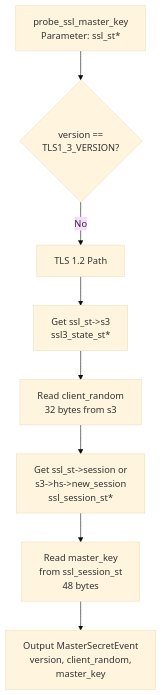
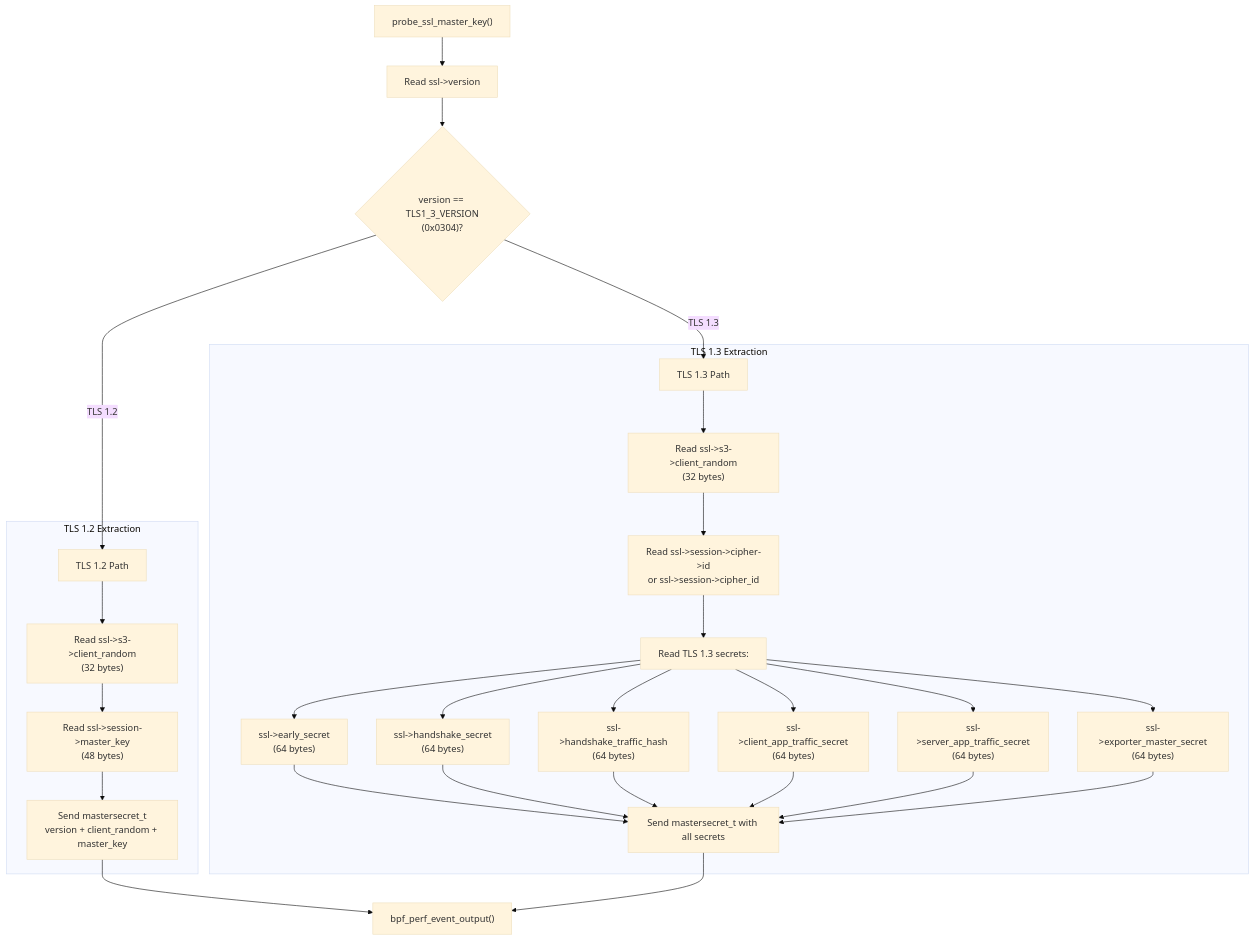
Before and after one commit to gojue/ecapture.cc: the sixth of 11 diagrams in src/en/3-capture-modules/3.1.1-openssl-module.md, drawn with Mermaid (base theme). The commit also changed other lines of this file and 115 other files, not shown here.

````diff
--- a/src/en/3-capture-modules/3.1.1-openssl-module.md
+++ b/src/en/3-capture-modules/3.1.1-openssl-module.md
@@ -334,26 +368,37 @@
 ```mermaid
-graph TB
-    ENTRY["probe_ssl_master_key<br/>Parameter: ssl_st*"]
+flowchart TD
+    Start["probe_ssl_master_key()"] --> ReadVersion["Read ssl->version"]
+    ReadVersion --> CheckVersion{"version == TLS1_3_VERSION<br/>(0x0304)?"}
     
-    CHECK_VER{"version ==<br/>TLS1_3_VERSION?"}
+    CheckVersion -->|"TLS 1.2"| TLS12Path["TLS 1.2 Path"]
+    CheckVersion -->|"TLS 1.3"| TLS13Path["TLS 1.3 Path"]
     
-    TLS12["TLS 1.2 Path"]
+    subgraph "TLS 1.2 Extraction"
+        TLS12Path --> ReadClientRandom12["Read ssl->s3->client_random<br/>(32 bytes)"]
+        ReadClientRandom12 --> ReadMasterKey["Read ssl->session->master_key<br/>(48 bytes)"]
+        ReadMasterKey --> SendTLS12["Send mastersecret_t<br/>version + client_random + master_key"]
+    end
     
-    GET_S3["Get ssl_st->s3<br/>ssl3_state_st*"]
+    subgraph "TLS 1.3 Extraction"
+        TLS13Path --> ReadClientRandom13["Read ssl->s3->client_random<br/>(32 bytes)"]
+        ReadClientRandom13 --> ReadCipherID["Read ssl->session->cipher->id<br/>or ssl->session->cipher_id"]
+        ReadCipherID --> ReadSecrets["Read TLS 1.3 secrets:"]
+        
+        ReadSecrets --> EarlySecret["ssl->early_secret<br/>(64 bytes)"]
+        ReadSecrets --> HandshakeSecret["ssl->handshake_secret<br/>(64 bytes)"]
+        ReadSecrets --> HandshakeTrafficHash["ssl->handshake_traffic_hash<br/>(64 bytes)"]
+        ReadSecrets --> ClientAppSecret["ssl->client_app_traffic_secret<br/>(64 bytes)"]
+        ReadSecrets --> ServerAppSecret["ssl->server_app_traffic_secret<br/>(64 bytes)"]
+        ReadSecrets --> ExporterSecret["ssl->exporter_master_secret<br/>(64 bytes)"]
+        
+        EarlySecret --> SendTLS13["Send mastersecret_t with all secrets"]
+        HandshakeSecret --> SendTLS13
+        HandshakeTrafficHash --> SendTLS13
+        ClientAppSecret --> SendTLS13
+        ServerAppSecret --> SendTLS13
+        ExporterSecret --> SendTLS13
+    end
     
-    GET_CLIENT_RANDOM["Read client_random<br/>32 bytes from s3"]
-    
-    GET_SESSION["Get ssl_st->session or<br/>s3->hs->new_session<br/>ssl_session_st*"]
-    
-    READ_MASTER_KEY["Read master_key<br/>from ssl_session_st<br/>48 bytes"]
-    
-    OUTPUT_TLS12["Output MasterSecretEvent<br/>version, client_random,<br/>master_key"]
-    
-    ENTRY --> CHECK_VER
-    CHECK_VER -->|No| TLS12
-    TLS12 --> GET_S3
-    GET_S3 --> GET_CLIENT_RANDOM
-    GET_CLIENT_RANDOM --> GET_SESSION
-    GET_SESSION --> READ_MASTER_KEY
-    READ_MASTER_KEY --> OUTPUT_TLS12
+    SendTLS12 --> End["bpf_perf_event_output()"]
+    SendTLS13 --> End
 ```
````
